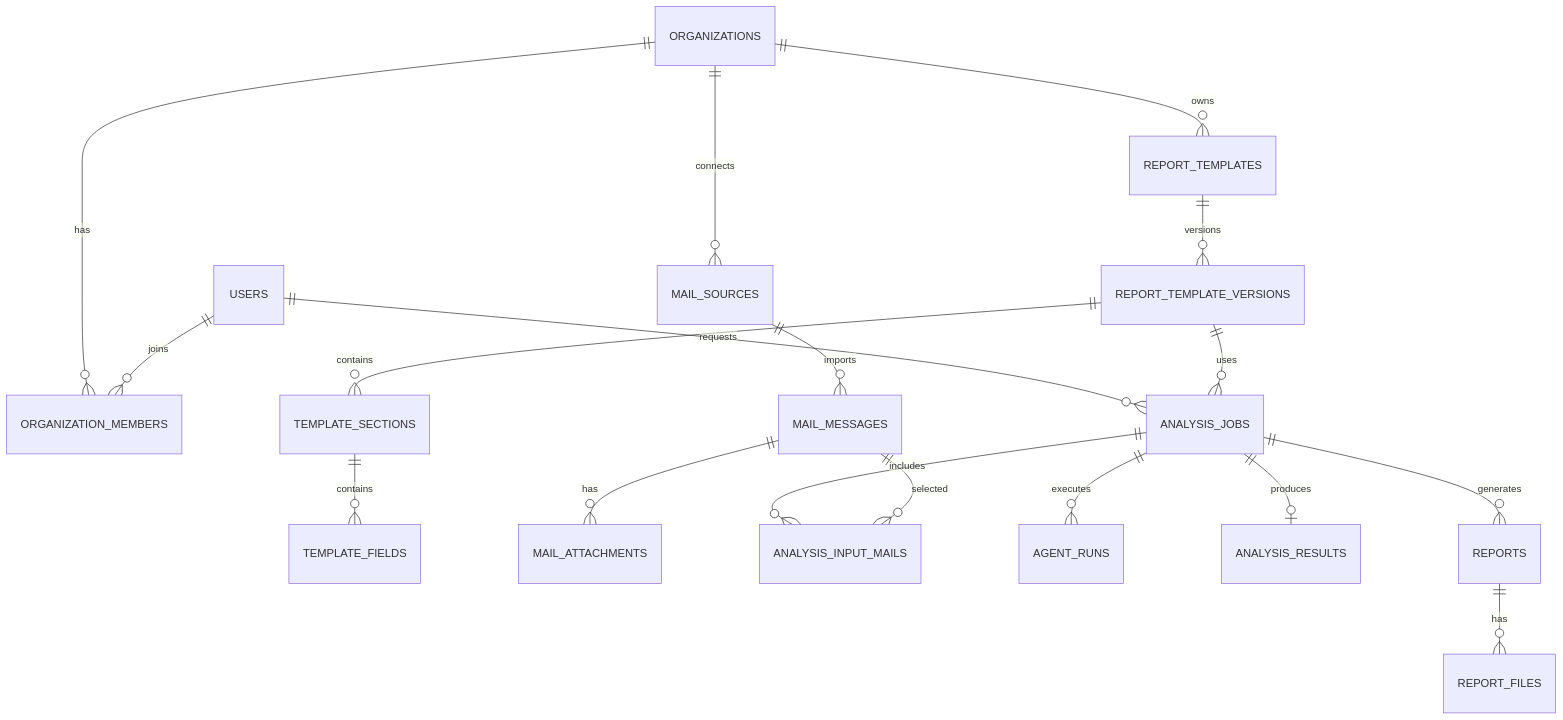
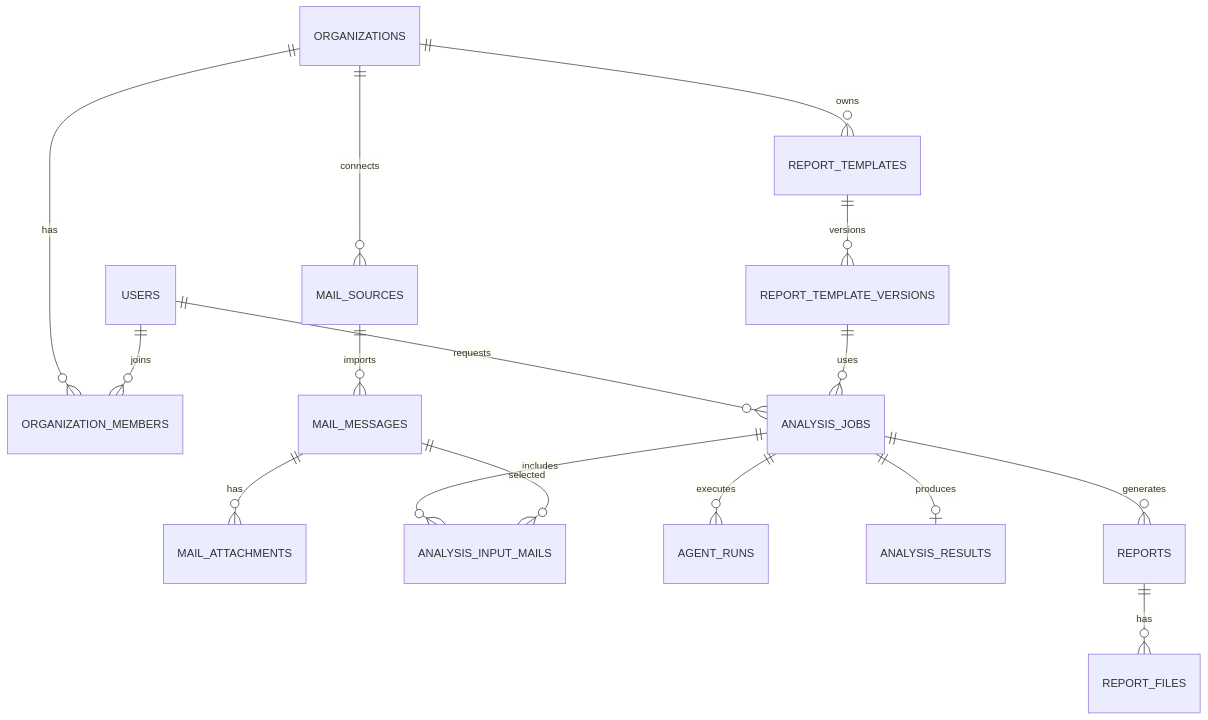
The diagram in docs/database-design.md (Kim-WonGeun/Mail-Platform), drawn with Mermaid before and after one commit. The commit also changed other lines of this file and 4 other files, not shown here.

````diff
--- a/docs/database-design.md
+++ b/docs/database-design.md
@@ -24,20 +24,18 @@
 ```mermaid
 erDiagram
   ORGANIZATIONS ||--o{ ORGANIZATION_MEMBERS : has
   USERS ||--o{ ORGANIZATION_MEMBERS : joins
   ORGANIZATIONS ||--o{ REPORT_TEMPLATES : owns
   REPORT_TEMPLATES ||--o{ REPORT_TEMPLATE_VERSIONS : versions
-  REPORT_TEMPLATE_VERSIONS ||--o{ TEMPLATE_SECTIONS : contains
-  TEMPLATE_SECTIONS ||--o{ TEMPLATE_FIELDS : contains
   ORGANIZATIONS ||--o{ MAIL_SOURCES : connects
   MAIL_SOURCES ||--o{ MAIL_MESSAGES : imports
   MAIL_MESSAGES ||--o{ MAIL_ATTACHMENTS : has
   USERS ||--o{ ANALYSIS_JOBS : requests
   REPORT_TEMPLATE_VERSIONS ||--o{ ANALYSIS_JOBS : uses
   ANALYSIS_JOBS ||--o{ ANALYSIS_INPUT_MAILS : includes
   MAIL_MESSAGES ||--o{ ANALYSIS_INPUT_MAILS : selected
   ANALYSIS_JOBS ||--o{ AGENT_RUNS : executes
   ANALYSIS_JOBS ||--o| ANALYSIS_RESULTS : produces
   ANALYSIS_JOBS ||--o{ REPORTS : generates
   REPORTS ||--o{ REPORT_FILES : has
 ```
````
